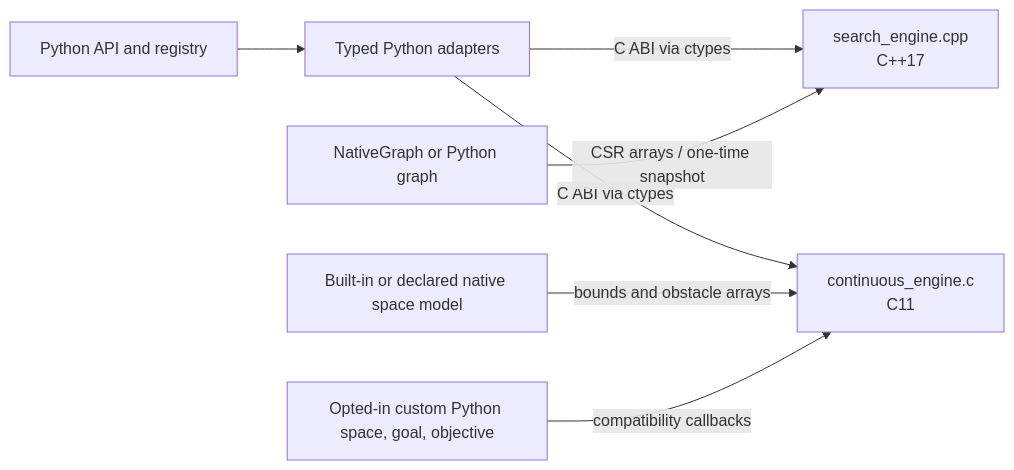
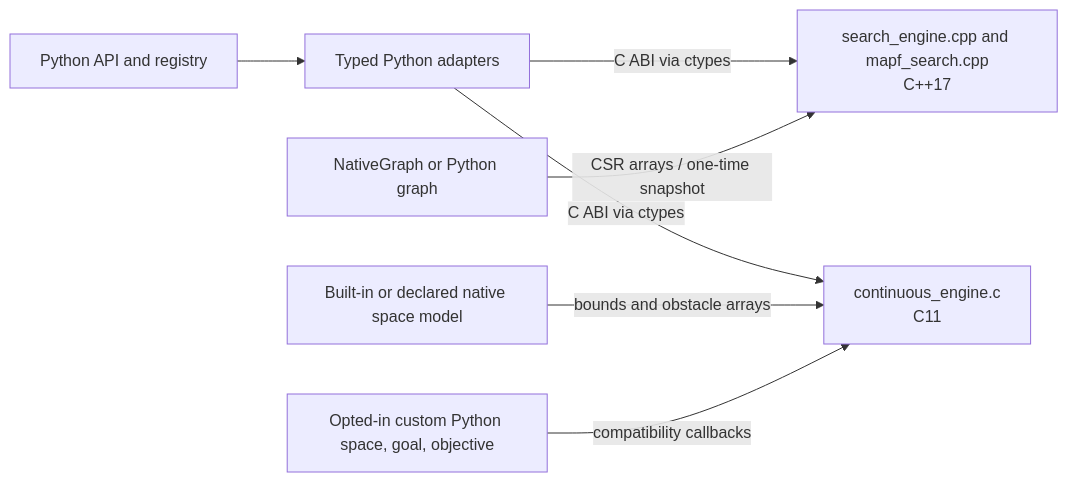
The diagram in docs/native_core.md (damminhtien/pathplanning), drawn with Mermaid before and after one commit. The commit also changed other lines of this file and 24 other files, not shown here.

````diff
--- a/docs/native_core.md
+++ b/docs/native_core.md
@@ -9,9 +9,9 @@
 ```mermaid
 flowchart LR
     API[Python API and registry] --> ADAPTER[Typed Python adapters]
-    ADAPTER -->|C ABI via ctypes| SEARCH[search_engine.cpp<br/>C++17]
+    ADAPTER -->|C ABI via ctypes| SEARCH[search_engine.cpp and mapf_search.cpp<br/>C++17]
     ADAPTER -->|C ABI via ctypes| CONTINUOUS[continuous_engine.c<br/>C11]
     GRAPH[NativeGraph or Python graph] -->|CSR arrays / one-time snapshot| SEARCH
     BUILTIN[Built-in or declared native space model] -->|bounds and obstacle arrays| CONTINUOUS
     CUSTOM[Opted-in custom Python space, goal, objective] -->|compatibility callbacks| CONTINUOUS
 ```
````
